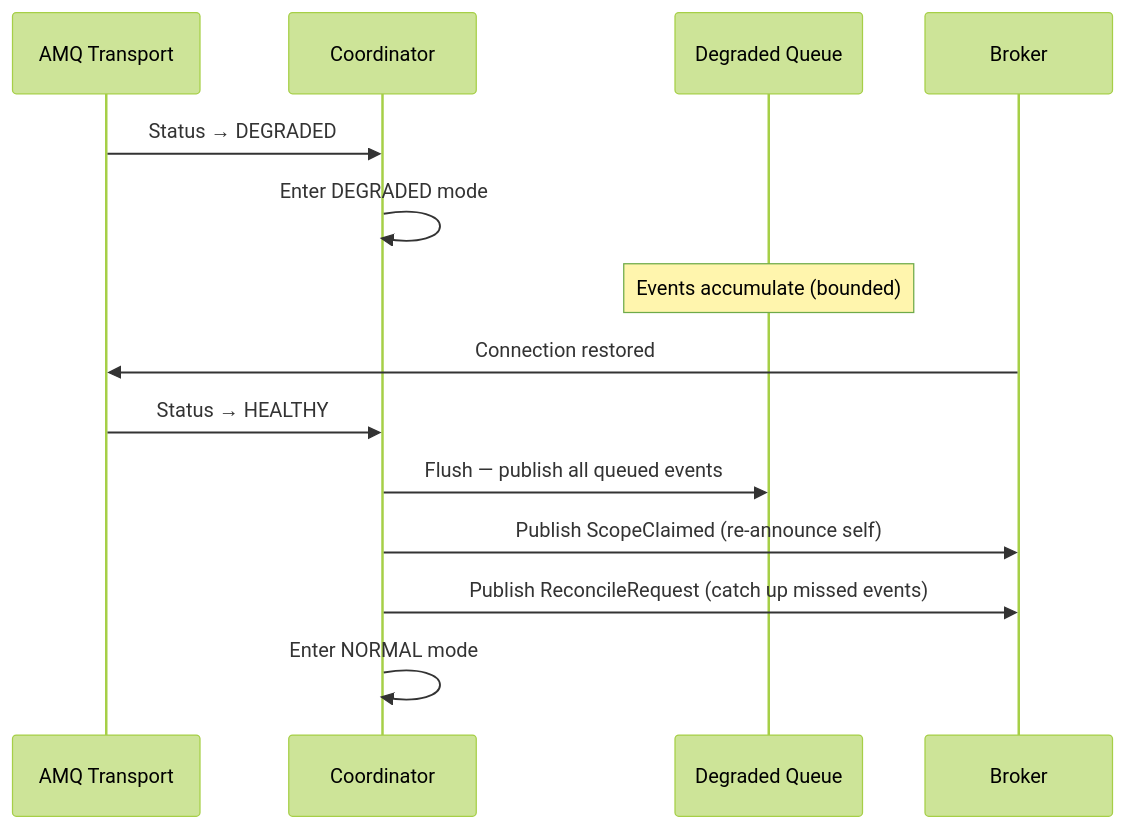
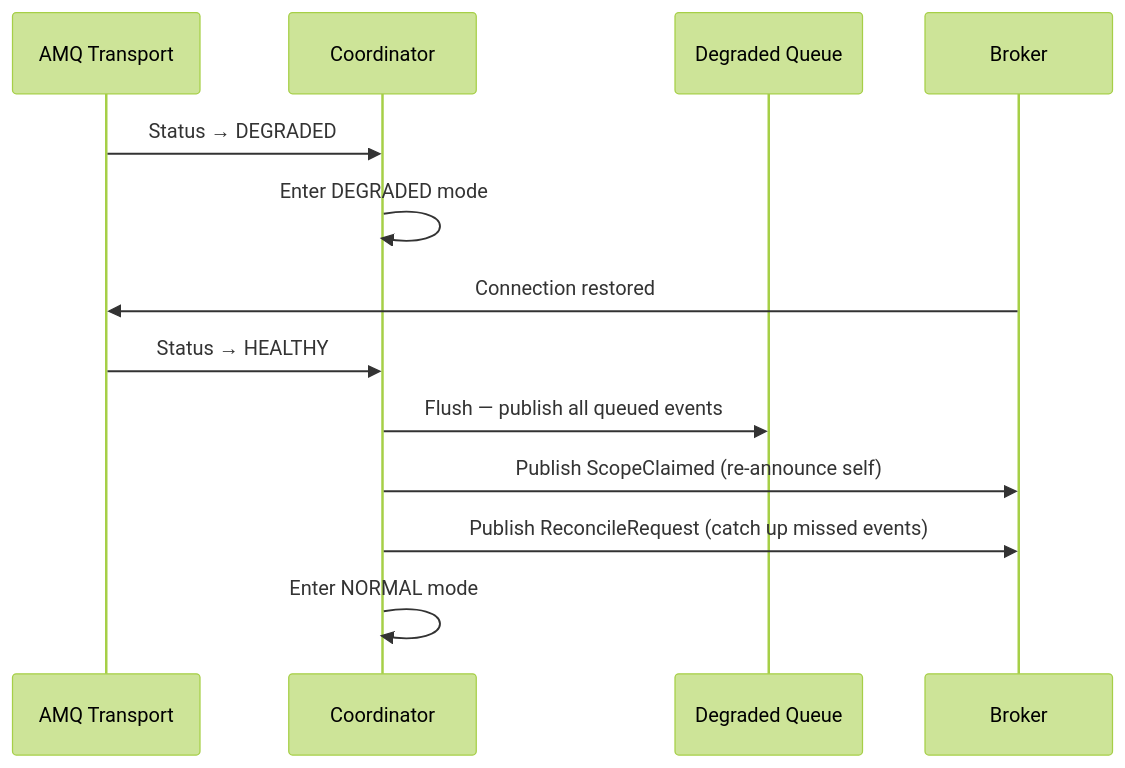
Diagram 17 of 17 in data-model-registry/dmr-sync-design.md (emirbh/misc), drawn with Mermaid (forest theme) before and after one commit. The commit also changed other lines of this file, not shown here.

````diff
--- a/data-model-registry/dmr-sync-design.md
+++ b/data-model-registry/dmr-sync-design.md
@@ -812,18 +835,17 @@
 ```mermaid
 sequenceDiagram
     participant T as AMQ Transport
     participant C as Coordinator
     participant Q as Degraded Queue
     participant B as Broker
 
     T->>C: Status → DEGRADED
     C->>C: Enter DEGRADED mode
-    Note over Q: Events accumulate (bounded)
 
     B->>T: Connection restored
     T->>C: Status → HEALTHY
     C->>Q: Flush — publish all queued events
     C->>B: Publish ScopeClaimed (re-announce self)
     C->>B: Publish ReconcileRequest (catch up missed events)
     C->>C: Enter NORMAL mode
 ```
````
